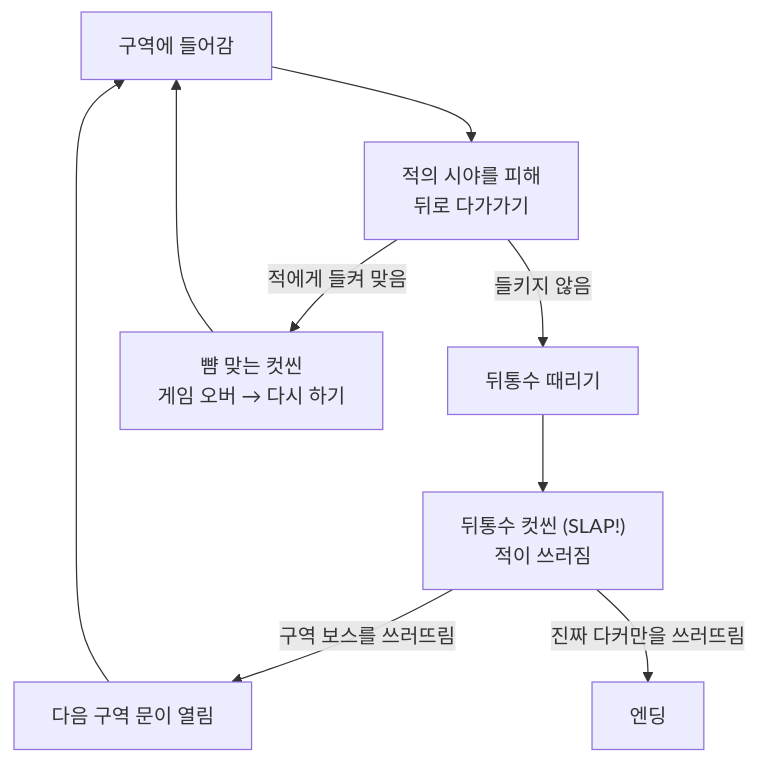
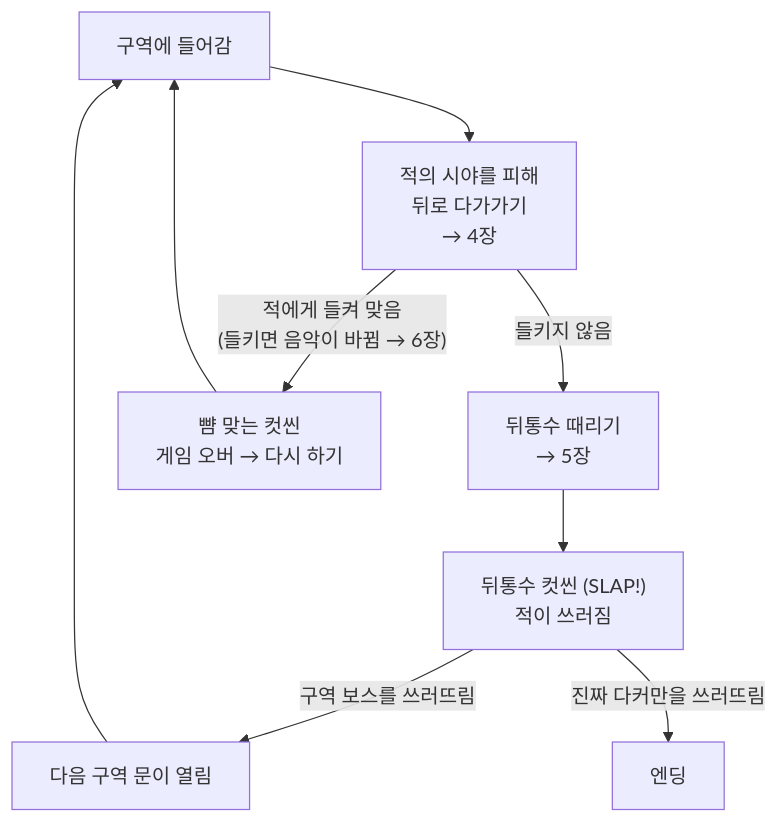
The first of 5 diagrams in src/1-watch-your-back/기술문서.md (pinkshield/portfolio), drawn with Mermaid before and after one commit. The commit also changed other lines of this file and 1 other file, not shown here.

First line of the commit message:
뒤통수 기술문서 v3: 코드 대조 7곳 · 목차 재배치 · 3장 전체 구조 · 문제 해결 4-5 · 5-4 · 8-2 · 결정 표 v2

````diff
--- a/src/1-watch-your-back/기술문서.md
+++ b/src/1-watch-your-back/기술문서.md
@@ -76,11 +106,11 @@
 ```mermaid
 flowchart TB
-    A["구역에 들어감"] --> B["적의 시야를 피해<br/>뒤로 다가가기"]
-    B -->|"들키지 않음"| C["뒤통수 때리기"]
+    A["구역에 들어감"] --> B["적의 시야를 피해<br/>뒤로 다가가기<br/>→ 4장"]
+    B -->|"들키지 않음"| C["뒤통수 때리기<br/>→ 5장"]
     C --> D["뒤통수 컷씬 (SLAP!)<br/>적이 쓰러짐"]
     D -->|"구역 보스를 쓰러뜨림"| E["다음 구역 문이 열림"]
     E --> A
-    B -->|"적에게 들켜 맞음"| F["뺨 맞는 컷씬<br/>게임 오버 → 다시 하기"]
+    B -->|"적에게 들켜 맞음<br/>(들키면 음악이 바뀜 → 6장)"| F["뺨 맞는 컷씬<br/>게임 오버 → 다시 하기"]
     F --> A
     D -->|"진짜 다커만을 쓰러뜨림"| G["엔딩"]
 ```
````
